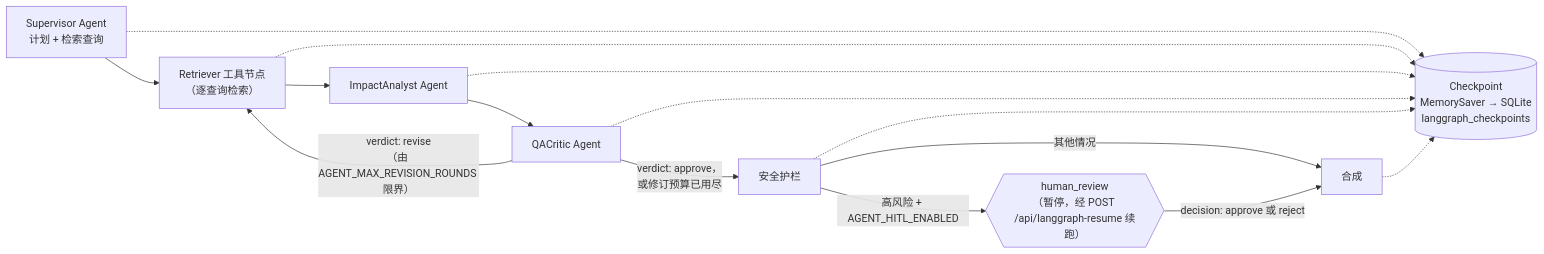
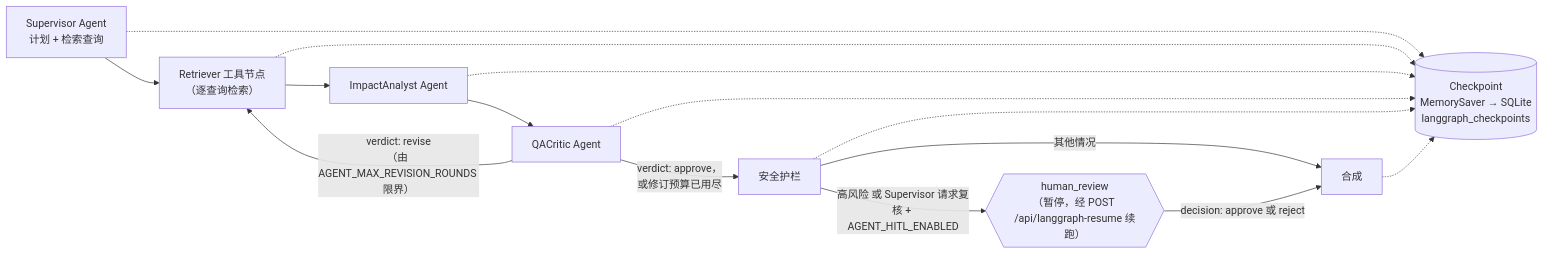
One commit to yuk1no4090/Repomentor changed the second of 2 diagrams in README.zh-CN.md. Above: the diagram before and after it, drawn with Mermaid. The commit also changed other lines of this file and 7 other files, not shown here.

First line of the commit message:
feat: Supervisor 的 require_human_review 接入 HITL 门控 — 规划角色的安全信号不再是死数据

````diff
--- a/README.zh-CN.md
+++ b/README.zh-CN.md
@@ -75,19 +75,19 @@
 ```mermaid
 flowchart LR
     Supervisor["Supervisor Agent<br/>计划 + 检索查询"] --> Retrieve["Retriever 工具节点<br/>（逐查询检索）"]
     Retrieve --> Impact["ImpactAnalyst Agent"]
     Impact --> Critic["QACritic Agent"]
     Critic -->|"verdict: revise<br/>（由 AGENT_MAX_REVISION_ROUNDS 限界）"| Retrieve
     Critic -->|"verdict: approve，<br/>或修订预算已用尽"| Guardrails["安全护栏"]
-    Guardrails -->|"高风险 + AGENT_HITL_ENABLED"| HITL{{"human_review<br/>（暂停，经 POST /api/langgraph-resume 续跑）"}}
+    Guardrails -->|"高风险 或 Supervisor 请求复核 + AGENT_HITL_ENABLED"| HITL{{"human_review<br/>（暂停，经 POST /api/langgraph-resume 续跑）"}}
     Guardrails -->|"其他情况"| Synthesize["合成"]
     HITL -->|"decision: approve 或 reject"| Synthesize
 
     CP[("Checkpoint<br/>MemorySaver → SQLite<br/>langgraph_checkpoints")]
     Supervisor -.-> CP
     Retrieve -.-> CP
     Impact -.-> CP
     Critic -.-> CP
     Guardrails -.-> CP
     Synthesize -.-> CP
 ```
````
